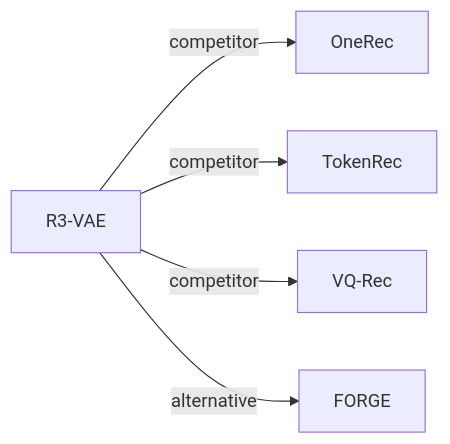
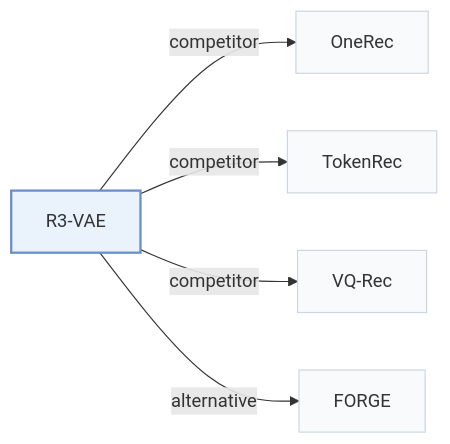
The second of 2 diagrams in pages/papers/r3-vae.md (Galaxy-ghost/Awesome-SID-Generative-Rec), drawn with Mermaid before and after one commit. The commit also changed other lines of this file and 649 other files, not shown here.

Commit message:
writer-05: also tags and modality index (schema, check, build, visuals); summary field removed; calibration data for 12 papers

````diff
--- a/pages/papers/r3-vae.md
+++ b/pages/papers/r3-vae.md
@@ -68,8 +73,12 @@
 ```mermaid
 flowchart LR
     P["R3-VAE"]
-    P -->|competitor| A["OneRec"]
-    P -->|competitor| B["TokenRec"]
-    P -->|competitor| C["VQ-Rec"]
-    P -->|alternative| D["FORGE"]
+    P -->|"competitor"| A["OneRec"]
+    P -->|"competitor"| B["TokenRec"]
+    P -->|"competitor"| C["VQ-Rec"]
+    P -->|"alternative"| D["FORGE"]
+    classDef main fill:#eaf2fb,stroke:#6b8fc7,stroke-width:2px
+    classDef peer fill:#f8fafc,stroke:#cbd5e1
+    class P main
+    class A,B,C,D peer
 ```
````
